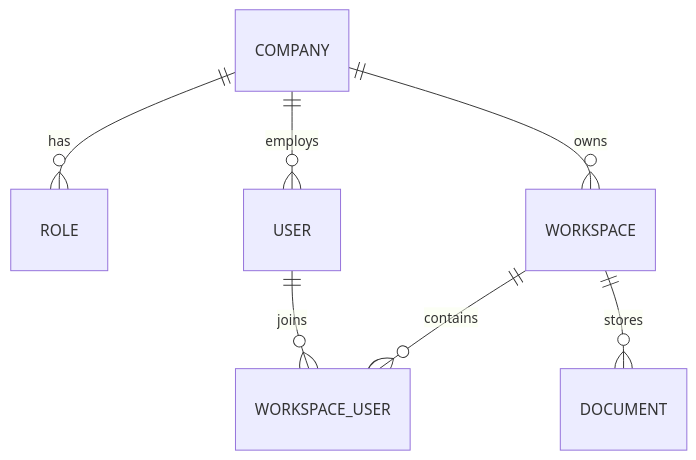
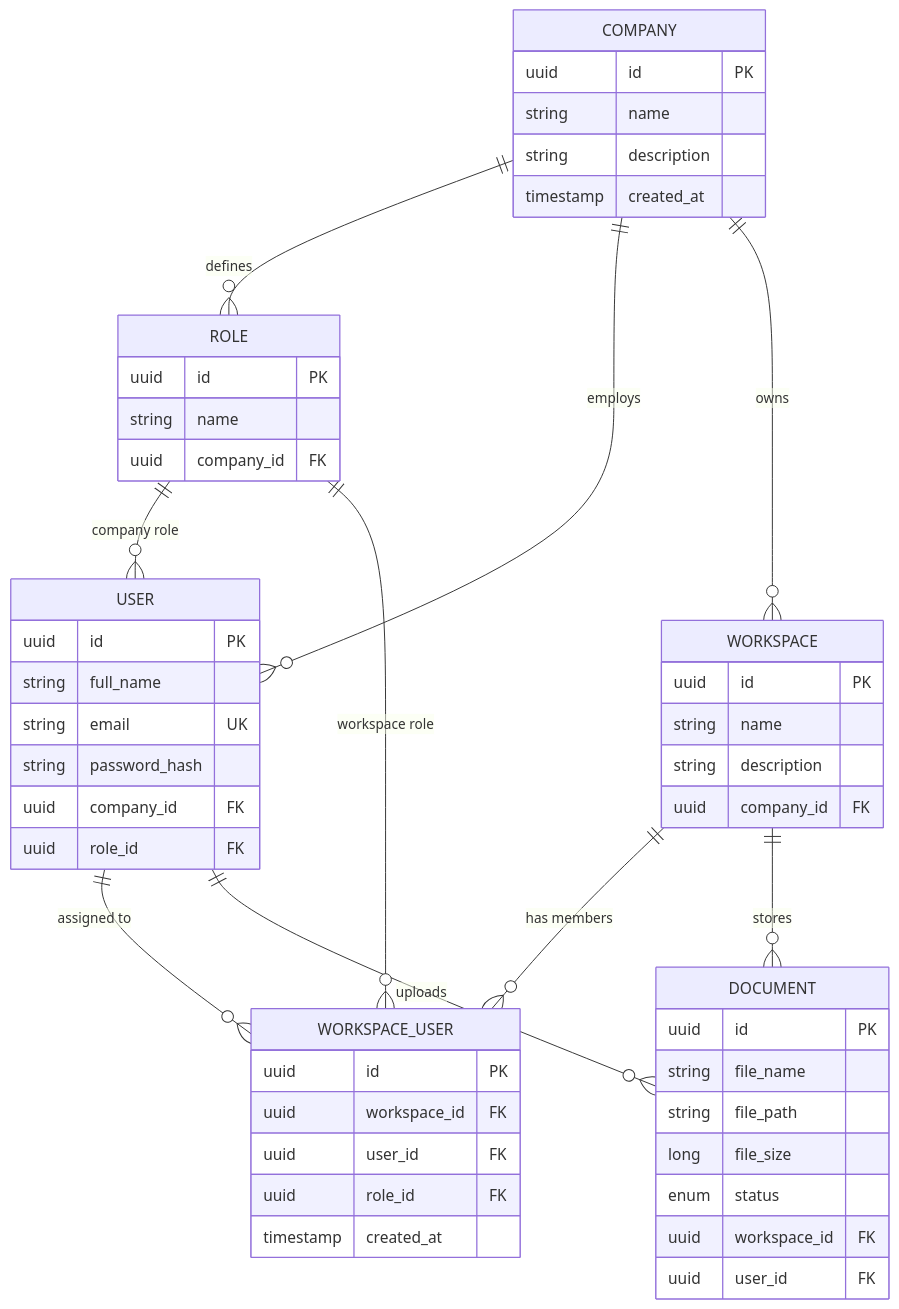
The diagram in README.md (akash-dev-18/Knowledge_base), drawn with Mermaid before and after one commit. The commit also changed other lines of this file and 52 other files, not shown here.

````diff
--- a/README.md
+++ b/README.md
@@ -180,9 +338,54 @@
 ```mermaid
 erDiagram
-    COMPANY ||--o{ ROLE : has
+    COMPANY ||--o{ ROLE : defines
     COMPANY ||--o{ USER : employs
-    USER ||--o{ WORKSPACE_USER : joins
-    WORKSPACE ||--o{ WORKSPACE_USER : contains
     COMPANY ||--o{ WORKSPACE : owns
+    USER ||--o{ WORKSPACE_USER : "assigned to"
+    WORKSPACE ||--o{ WORKSPACE_USER : "has members"
     WORKSPACE ||--o{ DOCUMENT : stores
+    USER ||--o{ DOCUMENT : uploads
+    ROLE ||--o{ USER : "company role"
+    ROLE ||--o{ WORKSPACE_USER : "workspace role"
+
+    COMPANY {
+        uuid id PK
+        string name
+        string description
+        timestamp created_at
+    }
+    USER {
+        uuid id PK
+        string full_name
+        string email UK
+        string password_hash
+        uuid company_id FK
+        uuid role_id FK
+    }
+    WORKSPACE {
+        uuid id PK
+        string name
+        string description
+        uuid company_id FK
+    }
+    WORKSPACE_USER {
+        uuid id PK
+        uuid workspace_id FK
+        uuid user_id FK
+        uuid role_id FK
+        timestamp created_at
+    }
+    DOCUMENT {
+        uuid id PK
+        string file_name
+        string file_path
+        long file_size
+        enum status
+        uuid workspace_id FK
+        uuid user_id FK
+    }
+    ROLE {
+        uuid id PK
+        string name
+        uuid company_id FK
+    }
 ```
````
